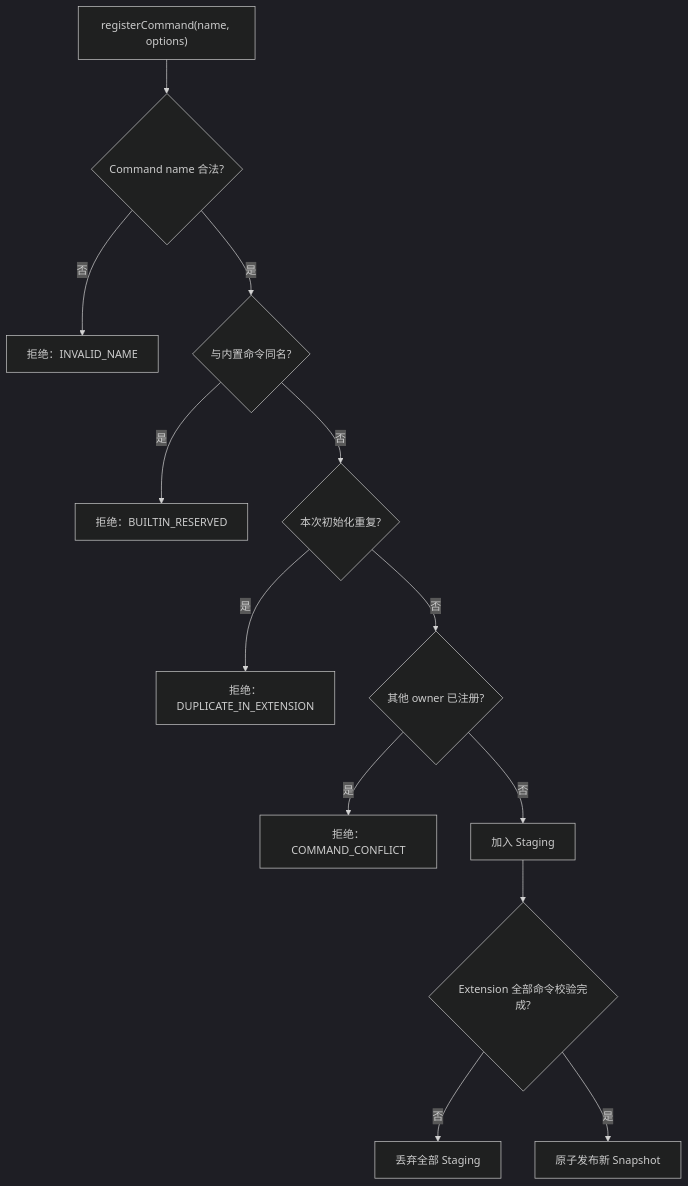
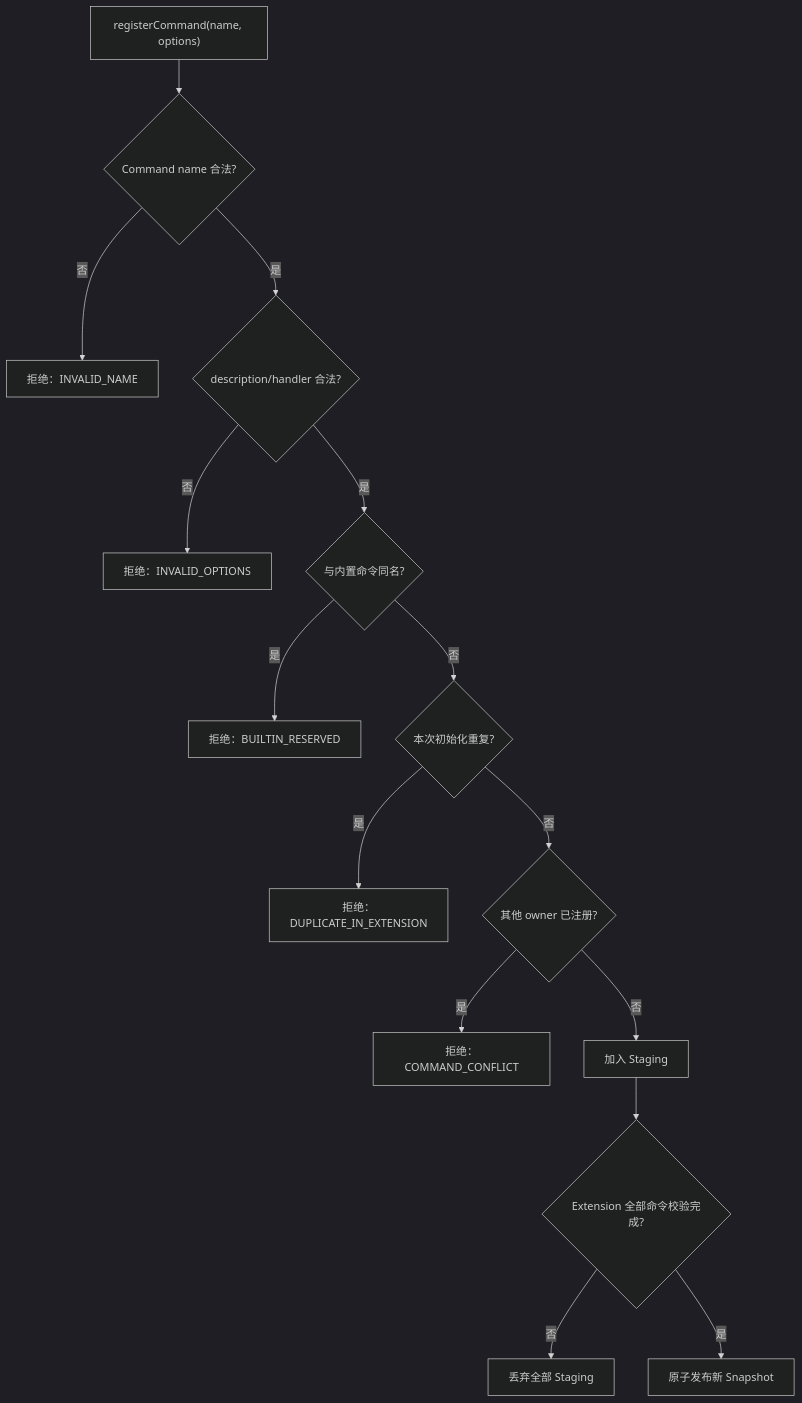
One commit to superheromeZzh/pi-mono-java-design changed the ninth of 20 diagrams in pi-mono-java-extension-command-SR设计.md. Above: the diagram before and after it, drawn with Mermaid (dark theme). The commit also changed other lines of this file, not shown here.

````diff
--- a/pi-mono-java-extension-command-SR设计.md
+++ b/pi-mono-java-extension-command-SR设计.md
@@ -547,15 +569,17 @@
 ```mermaid
 flowchart TD
     start["registerCommand(name, options)"] --> validName{"Command name 合法?"}
     validName -- 否 --> rejectName["拒绝：INVALID_NAME"]
-    validName -- 是 --> builtin{"与内置命令同名?"}
+    validName -- 是 --> validOptions{"description/handler 合法?"}
+    validOptions -- 否 --> rejectOptions["拒绝：INVALID_OPTIONS"]
+    validOptions -- 是 --> builtin{"与内置命令同名?"}
     builtin -- 是 --> rejectBuiltin["拒绝：BUILTIN_RESERVED"]
     builtin -- 否 --> sameBatch{"本次初始化重复?"}
     sameBatch -- 是 --> rejectBatch["拒绝：DUPLICATE_IN_EXTENSION"]
     sameBatch -- 否 --> otherOwner{"其他 owner 已注册?"}
     otherOwner -- 是 --> rejectConflict["拒绝：COMMAND_CONFLICT"]
     otherOwner -- 否 --> stage["加入 Staging"]
     stage --> allValid{"Extension 全部命令校验完成?"}
     allValid -- 否 --> rollback["丢弃全部 Staging"]
     allValid -- 是 --> publish["原子发布新 Snapshot"]
 ```
````
